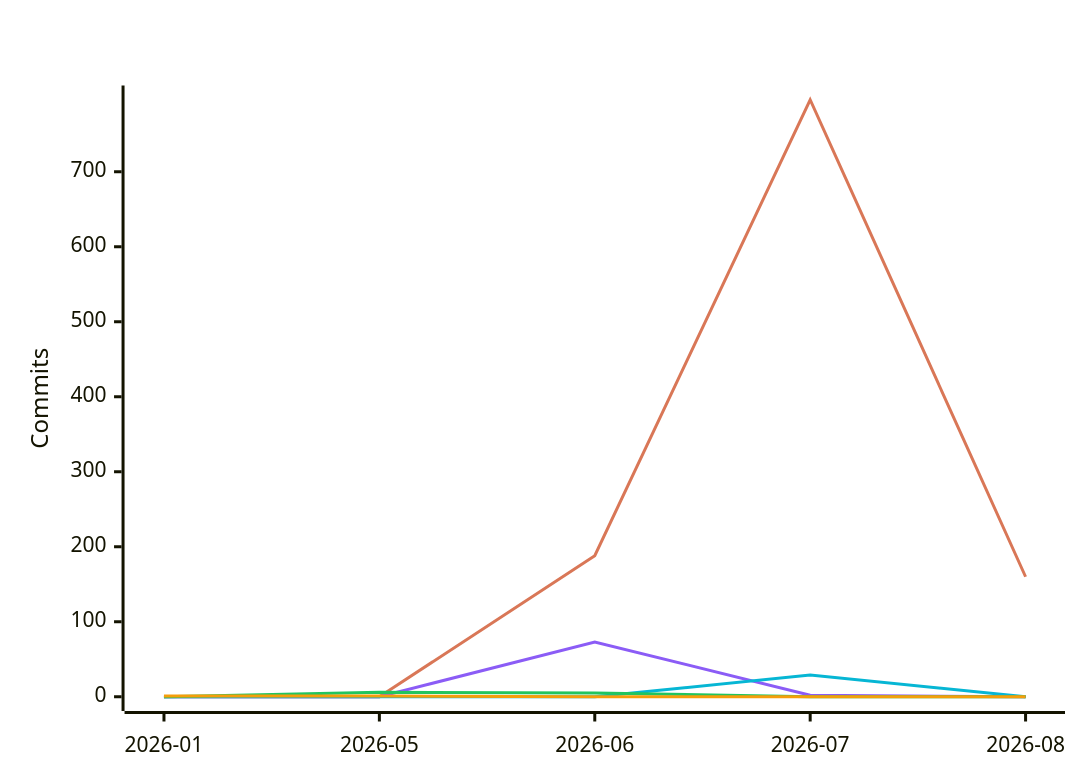
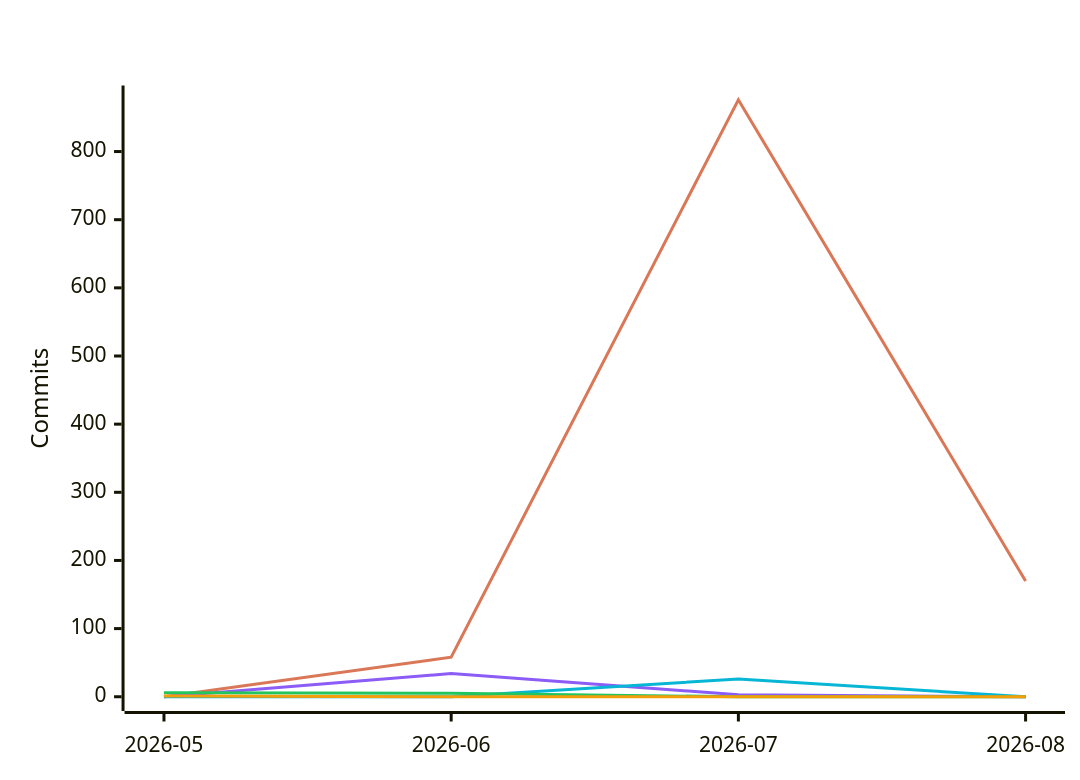
One commit to polo-nyan/polo-nyan changed the fifth of 7 diagrams in README.md. Above: the diagram before and after it, drawn with Mermaid. The commit also changed other lines of this file and 1 other file, not shown here.

````diff
--- a/README.md
+++ b/README.md
@@ -313,12 +313,12 @@
 ```mermaid
 %%{init: {"xyChart": {"titleColor": "#ffffff", "xAxisLabelColor": "#ffffff", "yAxisLabelColor": "#ffffff"}, "themeVariables": {"xyChart": {"titleColor": "#ffffff", "plotColorPalette": "#d97757, #8b5cf6, #06b6d4, #22c55e, #f59e0b, #ec4899"}}}}%%
 xychart-beta
     title "Commits Per Month by Model Family"
-    x-axis ["2026-01", "2026-05", "2026-06", "2026-07", "2026-08"]
+    x-axis ["2026-05", "2026-06", "2026-07", "2026-08"]
     y-axis "Commits"
-    line [0, 0, 188, 796, 160]
-    line [0, 0, 73, 2, 0]
-    line [0, 0, 0, 29, 0]
-    line [0, 6, 5, 0, 0]
-    line [1, 1, 0, 0, 0]
+    line [0, 58, 876, 170]
+    line [0, 34, 3, 0]
+    line [0, 0, 26, 0]
+    line [6, 5, 0, 0]
+    line [1, 0, 0, 0]
 ```
````
